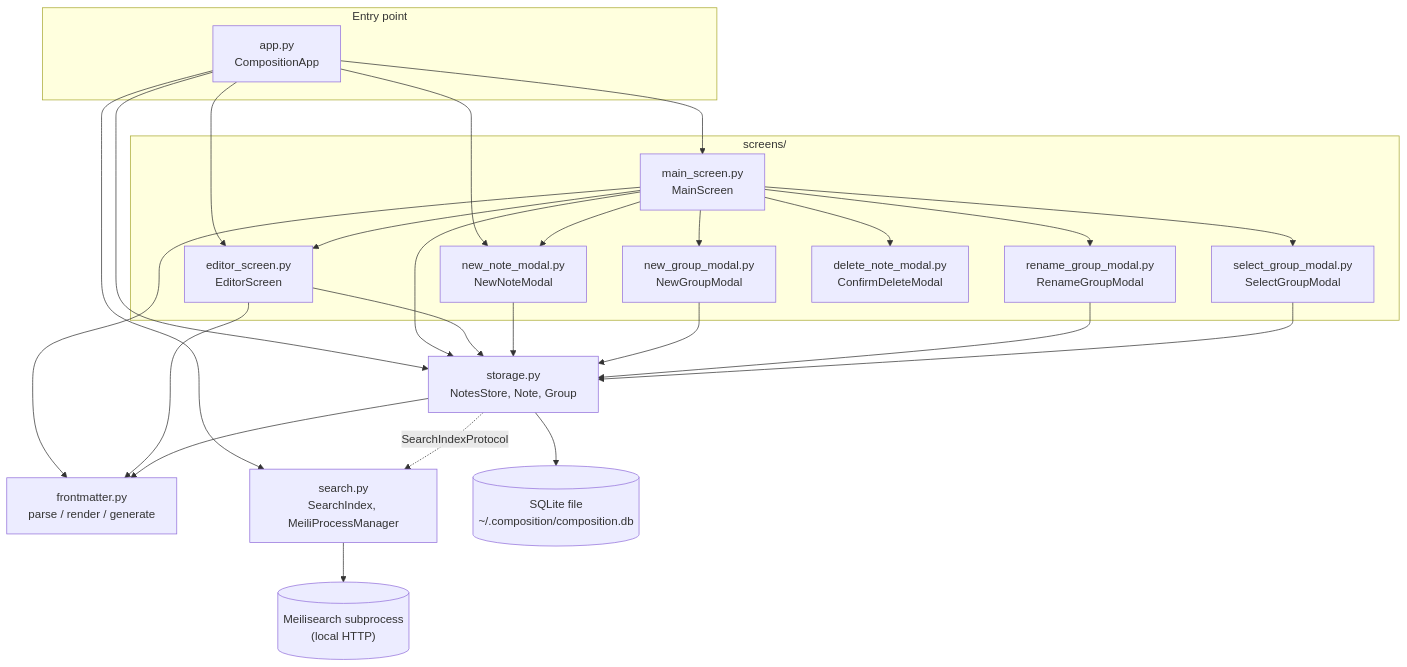
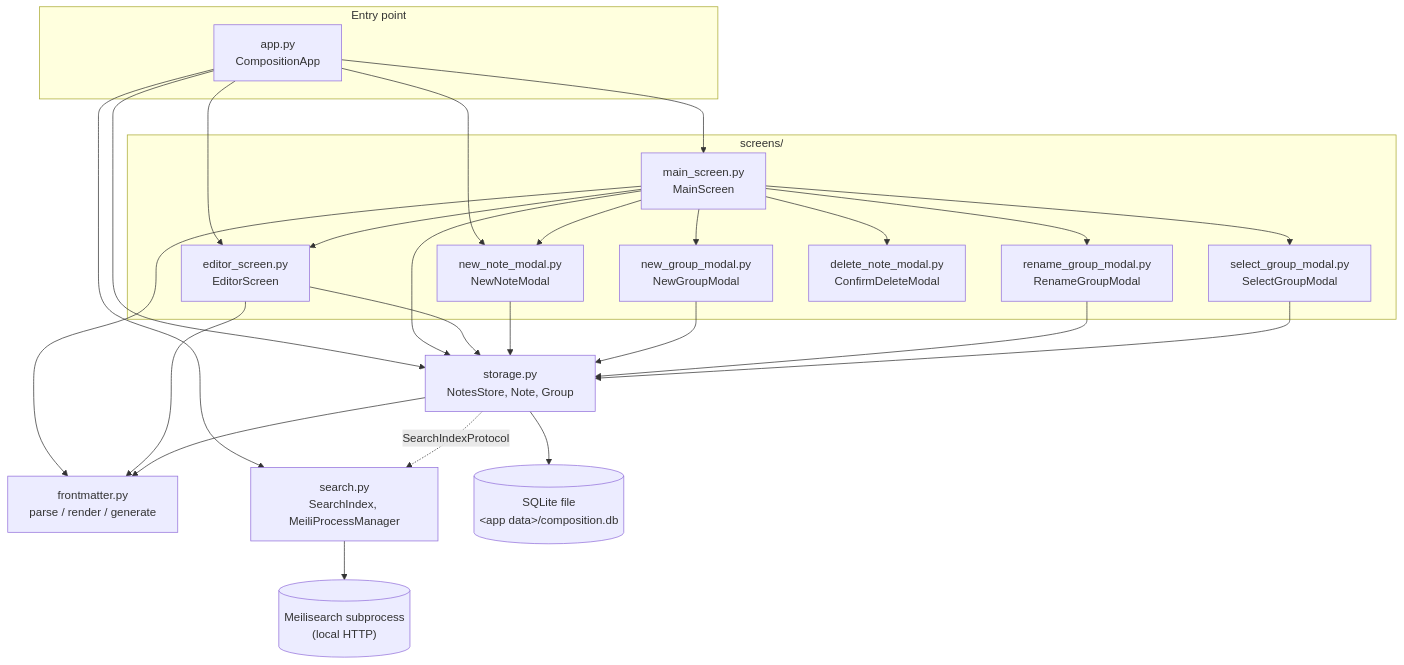
One commit to meddlin/composition changed the diagram in docs/architecture.md. Above: the diagram before and after it, drawn with Mermaid. The commit also changed other lines of this file and 17 other files, not shown here.

````diff
--- a/docs/architecture.md
+++ b/docs/architecture.md
@@ -35,50 +36,50 @@
 ```mermaid
 flowchart TB
     subgraph entry["Entry point"]
         app["app.py<br/>CompositionApp"]
     end
 
     subgraph ui["screens/"]
         main["main_screen.py<br/>MainScreen"]
         editor["editor_screen.py<br/>EditorScreen"]
         newmodal["new_note_modal.py<br/>NewNoteModal"]
         newgroupmodal["new_group_modal.py<br/>NewGroupModal"]
         renamegroupmodal["rename_group_modal.py<br/>RenameGroupModal"]
         selectgroupmodal["select_group_modal.py<br/>SelectGroupModal"]
         delmodal["delete_note_modal.py<br/>ConfirmDeleteModal"]
     end
 
     storage["storage.py<br/>NotesStore, Note, Group"]
     fm["frontmatter.py<br/>parse / render / generate"]
     search["search.py<br/>SearchIndex, MeiliProcessManager"]
-    sqlite[("SQLite file<br/>~/.composition/composition.db")]
+    sqlite[("SQLite file<br/>&lt;app data&gt;/composition.db")]
     meili[("Meilisearch subprocess<br/>(local HTTP)")]
 
     app --> main
     app --> editor
     app --> newmodal
     app --> storage
     app --> search
 
     main --> editor
     main --> newmodal
     main --> newgroupmodal
     main --> renamegroupmodal
     main --> selectgroupmodal
     main --> delmodal
     main --> storage
     main --> fm
 
     editor --> storage
     editor --> fm
 
     newmodal --> storage
     newgroupmodal --> storage
     renamegroupmodal --> storage
     selectgroupmodal --> storage
 
     storage --> fm
     storage -. "SearchIndexProtocol" .-> search
     storage --> sqlite
     search --> meili
 ```
````
